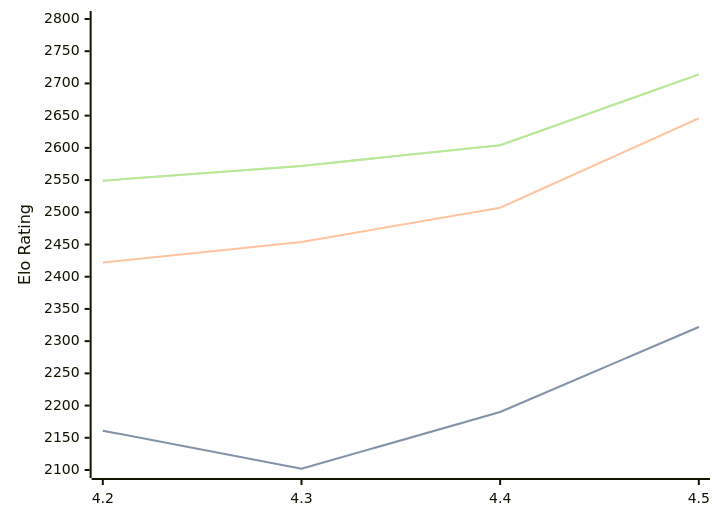
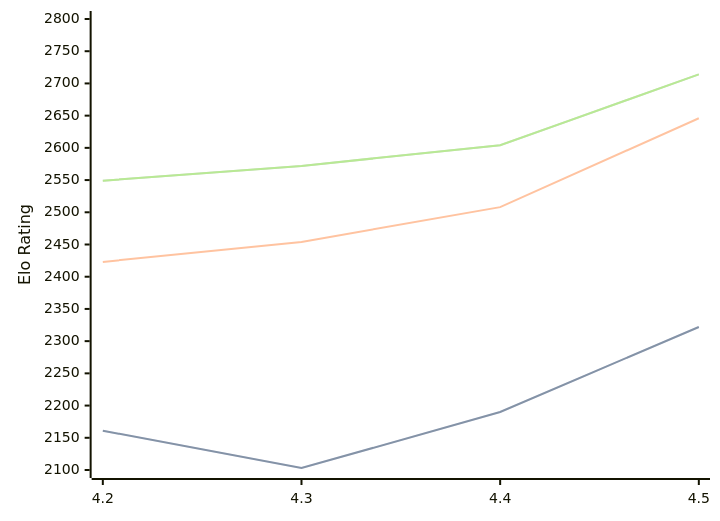
The diagram in engines/Eubos.md (computer-chess-index/cci), drawn with Mermaid before and after one commit. The commit also changed other lines of this file, not shown here.

````diff
--- a/engines/Eubos.md
+++ b/engines/Eubos.md
@@ -34,11 +34,11 @@
 ```mermaid
 %%{init: {"theme":"base","themeVariables":{"seriesColors:['#a3a3a3','#222221','#faa371']}}}%%
 xychart-beta
   x-axis ["4.2", "4.3", "4.4", "4.5"]
   y-axis "Elo Rating" 2100 --> 2800
-  line "" [2161, 2102, 2190, 2322]
-  line "STC (8.0+0.08s)" [2161, 2102, 2190, 2322]
-  line "LTC (60.0+0.60s)" [2422, 2454, 2507, 2646]
+  line "" [2161, 2103, 2190, 2322]
+  line "STC (8.0+0.08s)" [2161, 2103, 2190, 2322]
+  line "LTC (60.0+0.60s)" [2423, 2454, 2508, 2646]
   line "" [2549, 2572, 2604, 2714]
   line "VLTC (2m24s+1.12s)" [2549, 2572, 2604, 2714]
 ```
````
